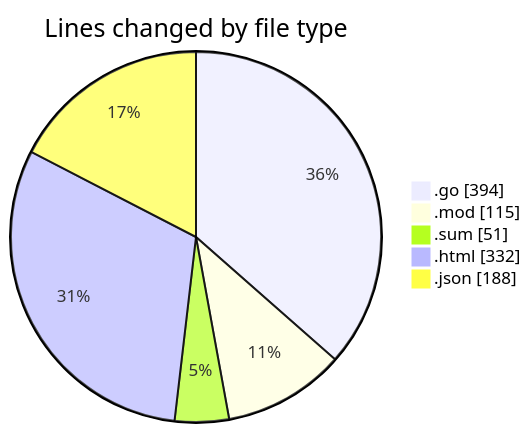
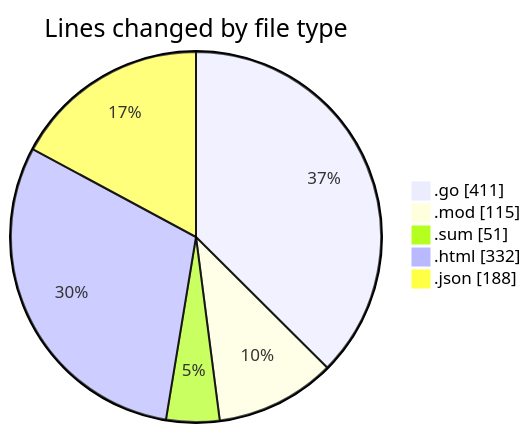
The first of 2 diagrams in 2025-11-01/backend/README.md (Ritupan-Deka/code-tracking), drawn with Mermaid before and after one commit. The commit also changed other lines of this file and 1 other file, not shown here.

````diff
--- a/2025-11-01/backend/README.md
+++ b/2025-11-01/backend/README.md
@@ -34,9 +34,9 @@
 ```mermaid
 pie showData
 title Lines changed by file type
-".go" : 394
+".go" : 411
 ".mod" : 115
 ".sum" : 51
 ".html" : 332
 ".json" : 188
 ```
````
